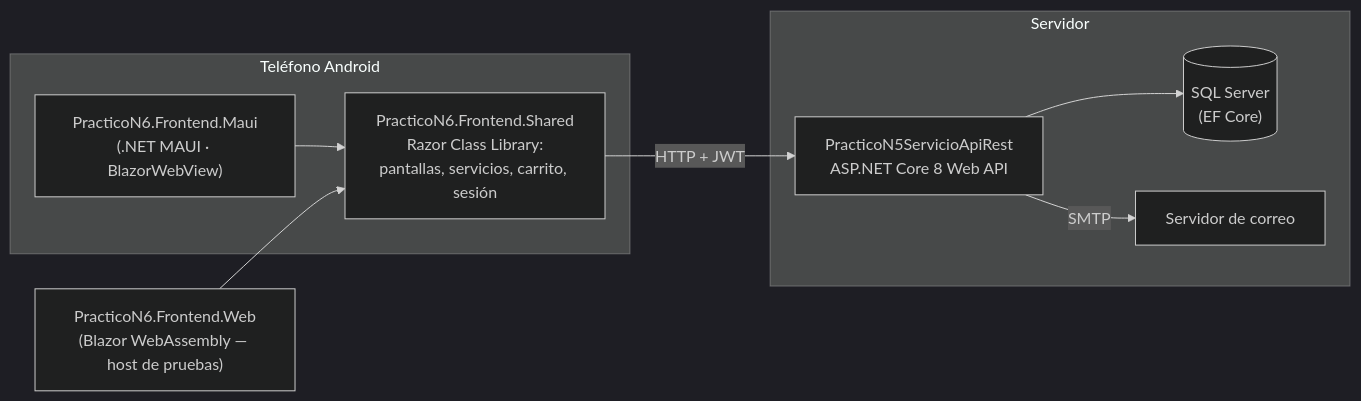
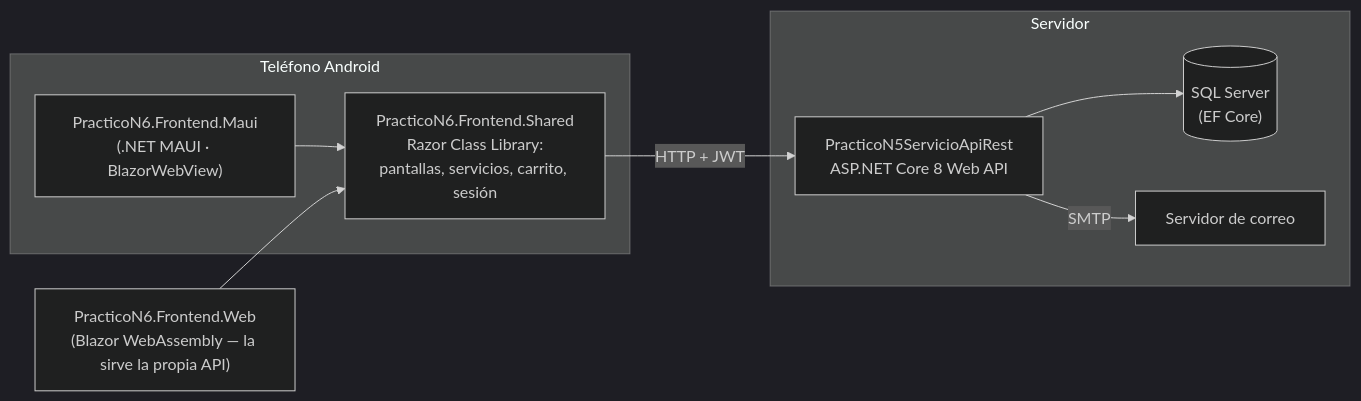
The first of 2 diagrams in README.md (Francisco-bascal/PracticoN5ServicioApiRest), drawn with Mermaid (dark theme) before and after one commit. The commit also changed other lines of this file and 8 other files, not shown here.

First line of the commit message:
La API sirve la tienda web: un solo proyecto alcanza para verla

````diff
--- a/README.md
+++ b/README.md
@@ -47,16 +47,16 @@
 ```mermaid
 flowchart LR
     subgraph Dispositivo["Teléfono Android"]
         MAUI["PracticoN6.Frontend.Maui<br/>(.NET MAUI · BlazorWebView)"]
         SHARED["PracticoN6.Frontend.Shared<br/>Razor Class Library:<br/>pantallas, servicios, carrito, sesión"]
         MAUI --> SHARED
     end
-    WEB["PracticoN6.Frontend.Web<br/>(Blazor WebAssembly — host de pruebas)"] --> SHARED
+    WEB["PracticoN6.Frontend.Web<br/>(Blazor WebAssembly — la sirve la propia API)"] --> SHARED
     SHARED -- "HTTP + JWT" --> API
     subgraph Servidor
         API["PracticoN5ServicioApiRest<br/>ASP.NET Core 8 Web API"]
         DB[("SQL Server<br/>(EF Core)")]
         API --> DB
         API -- "SMTP" --> MAIL["Servidor de correo"]
     end
 ```
````
